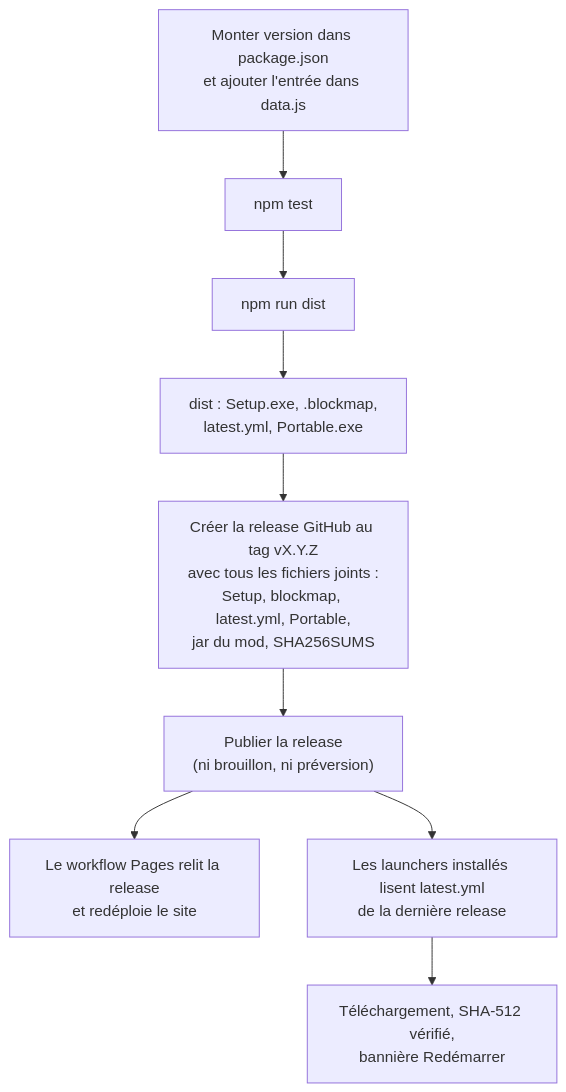
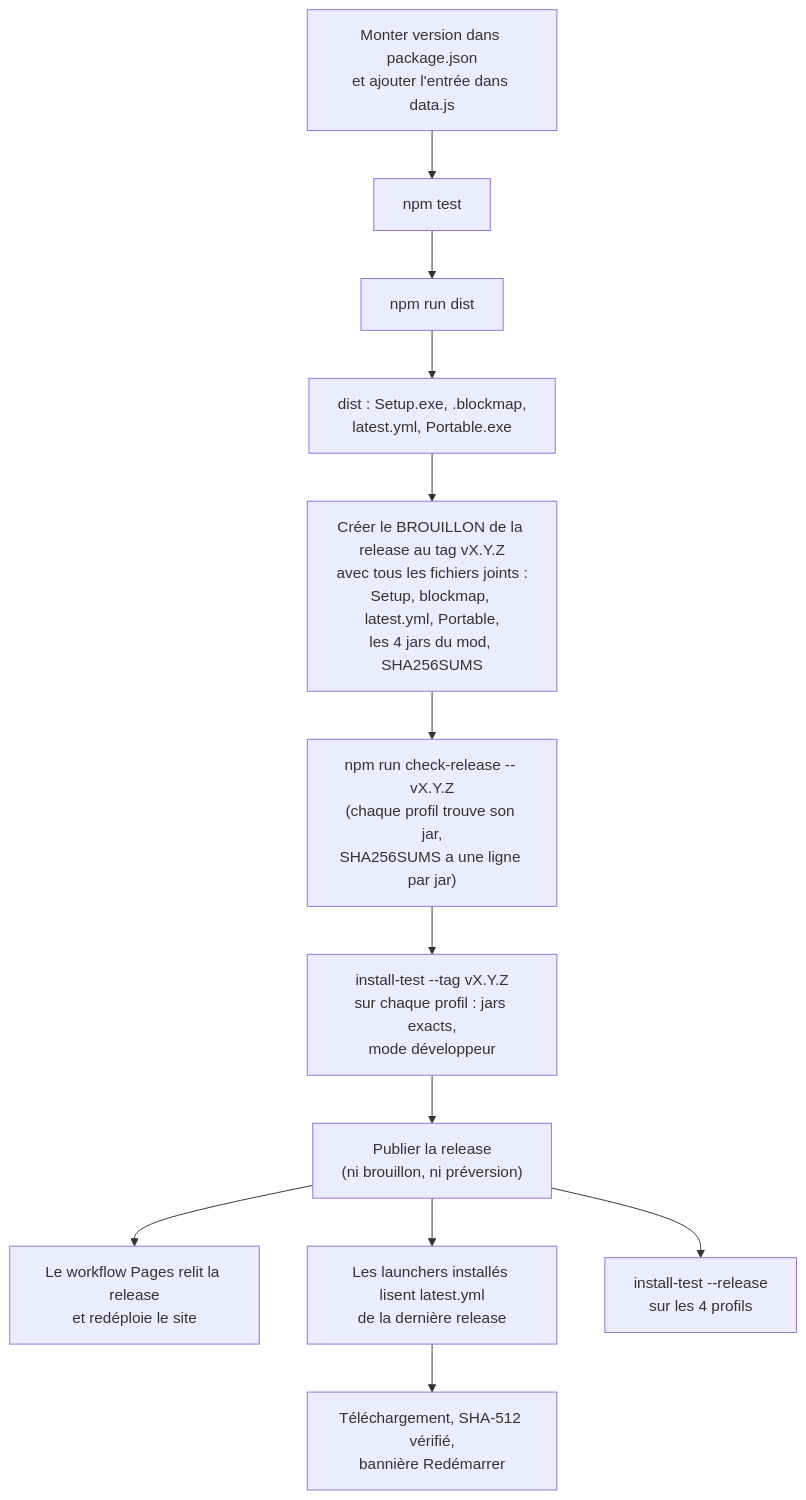
One commit to 7ShIkI3/attack-launcher changed the diagram in docs/wiki/Publier-une-version.md. Above: the diagram before and after it, drawn with Mermaid. The commit also changed other lines of this file and 6 other files, not shown here.

````diff
--- a/docs/wiki/Publier-une-version.md
+++ b/docs/wiki/Publier-une-version.md
@@ -9,11 +9,14 @@
 ```mermaid
 flowchart TD
   A["Monter version dans package.json<br>et ajouter l'entrée dans data.js"] --> B["npm test"]
   B --> C["npm run dist"]
   C --> D["dist : Setup.exe, .blockmap,<br>latest.yml, Portable.exe"]
-  D --> E["Créer la release GitHub au tag vX.Y.Z<br>avec tous les fichiers joints :<br>Setup, blockmap, latest.yml, Portable,<br>jar du mod, SHA256SUMS"]
-  E --> F["Publier la release<br>(ni brouillon, ni préversion)"]
+  D --> E["Créer le BROUILLON de la release au tag vX.Y.Z<br>avec tous les fichiers joints :<br>Setup, blockmap, latest.yml, Portable,<br>les 4 jars du mod, SHA256SUMS"]
+  E --> K["npm run check-release -- vX.Y.Z<br>(chaque profil trouve son jar,<br>SHA256SUMS a une ligne par jar)"]
+  K --> J["install-test --tag vX.Y.Z<br>sur chaque profil : jars exacts,<br>mode développeur"]
+  J --> F["Publier la release<br>(ni brouillon, ni préversion)"]
   F --> S["Le workflow Pages relit la release<br>et redéploie le site"]
   F --> G["Les launchers installés lisent latest.yml<br>de la dernière release"]
+  F --> R["install-test --release<br>sur les 4 profils"]
   G --> H["Téléchargement, SHA-512 vérifié,<br>bannière Redémarrer"]
 ```
````
